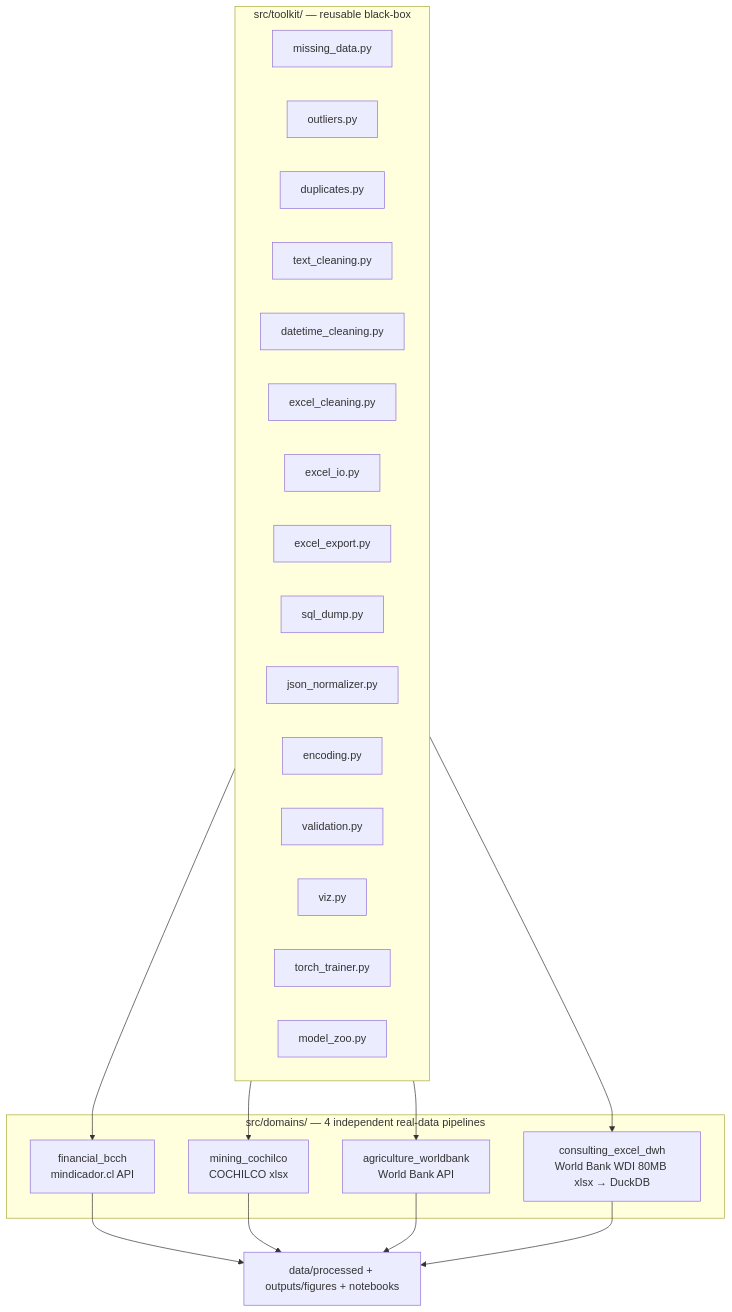
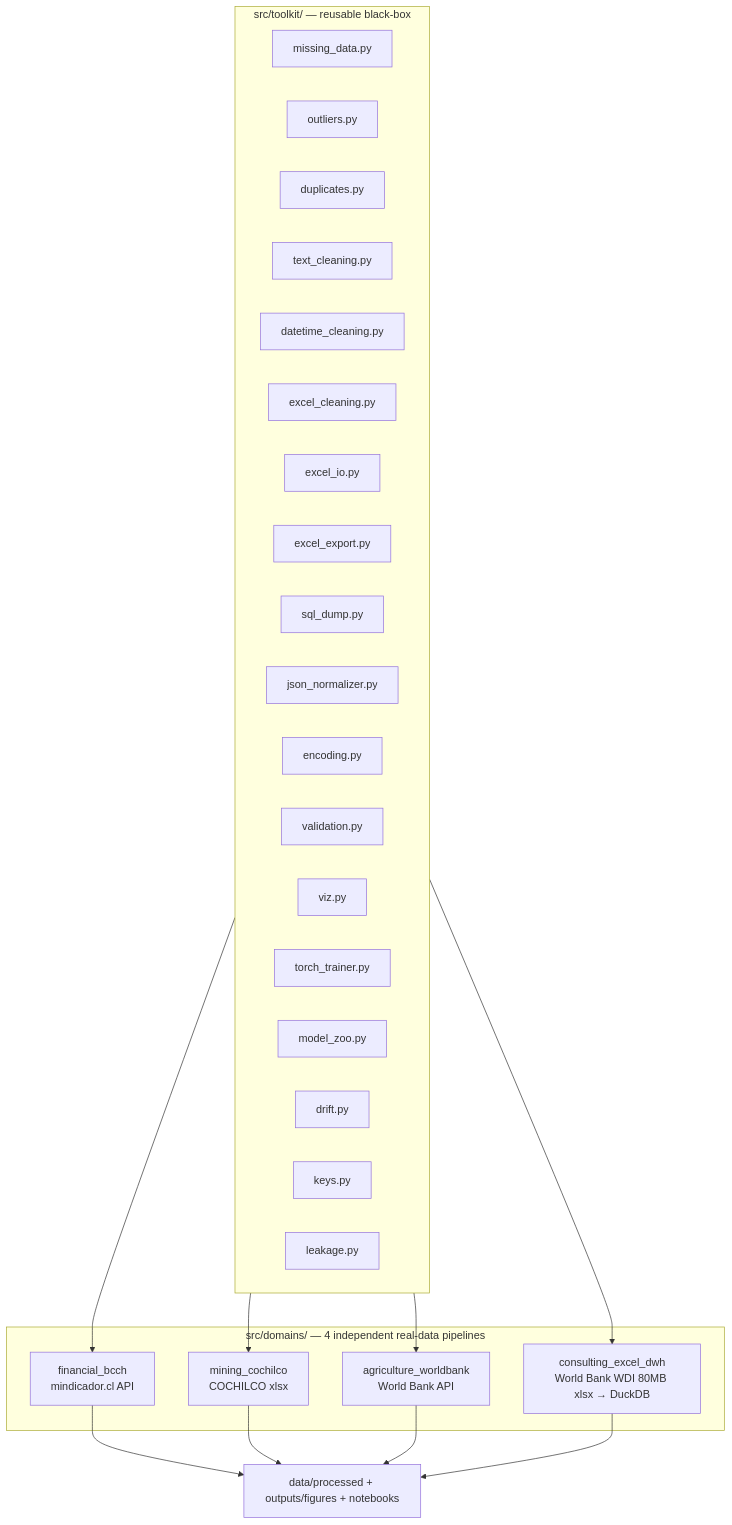
Before and after one commit to Rxyxs/Limpieza_Datos: the diagram in README.md, drawn with Mermaid. The commit also changed other lines of this file and 12 other files, not shown here.

First line of the commit message:
feat: drift, key-integrity and target-leakage checks, run against this repo's own data

````diff
--- a/README.md
+++ b/README.md
@@ -11,30 +24,33 @@
 ```mermaid
 flowchart TB
     subgraph toolkit["src/toolkit/ — reusable black-box"]
         MD[missing_data.py]
         OUT[outliers.py]
         DUP[duplicates.py]
         TXT[text_cleaning.py]
         DT[datetime_cleaning.py]
         EXC[excel_cleaning.py]
         EIO[excel_io.py]
         EXP[excel_export.py]
         SQL[sql_dump.py]
         JSN[json_normalizer.py]
         ENC[encoding.py]
         VAL[validation.py]
         VIZ[viz.py]
         TRAIN[torch_trainer.py]
         ZOO[model_zoo.py]
+        DFT[drift.py]
+        KEY[keys.py]
+        LEAK[leakage.py]
     end
 
     subgraph domains["src/domains/ — 4 independent real-data pipelines"]
         FIN[financial_bcch<br/>mindicador.cl API]
         MIN[mining_cochilco<br/>COCHILCO xlsx]
         AGR[agriculture_worldbank<br/>World Bank API]
         DWH[consulting_excel_dwh<br/>World Bank WDI 80MB xlsx → DuckDB]
     end
 
     toolkit --> FIN & MIN & AGR & DWH
     FIN & MIN & AGR & DWH --> RESULTS[data/processed + outputs/figures + notebooks]
 ```
````
